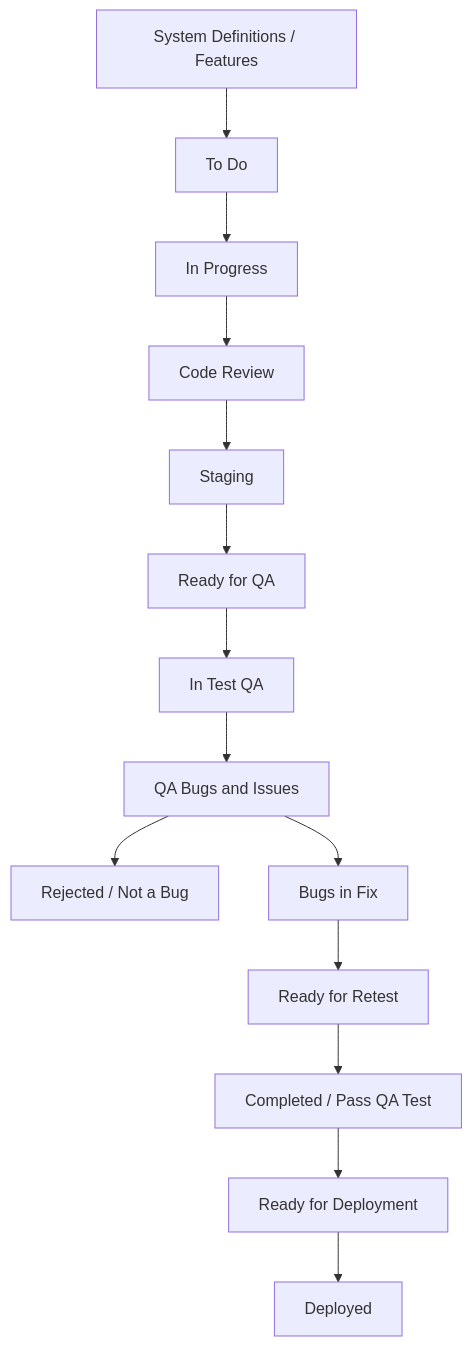
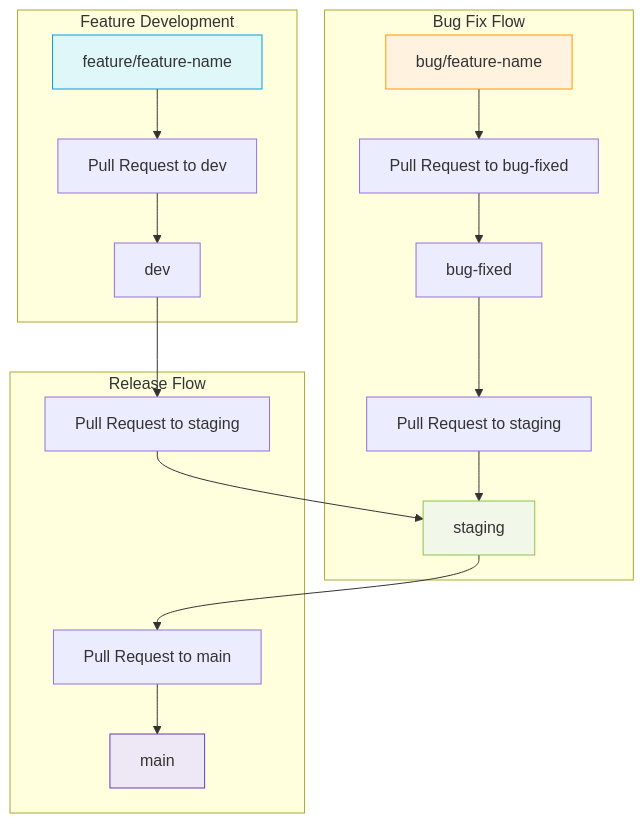
The diagram in README.md (Almusanid-co/System-life-cycle), drawn with Mermaid before and after one commit. The commit also changed other lines of this file, not shown here.

````diff
--- a/README.md
+++ b/README.md
@@ -93,17 +65,27 @@
 ```mermaid
 flowchart TD
-  A[System Definitions / Features] --> B[To Do]
-  B --> C[In Progress]
-  C --> D[Code Review]
-  D --> E[Staging]
-  E --> F[Ready for QA]
-  F --> G[In Test QA]
-  G --> H[QA Bugs and Issues]
 
-  H --> I[Rejected / Not a Bug]
-  H --> J[Bugs in Fix]
-  J --> K[Ready for Retest]
-  K --> L[Completed / Pass QA Test]
-  L --> M[Ready for Deployment]
-  M --> N[Deployed]
-``` 
+  subgraph Feature Development
+    A[feature/feature-name] --> B[Pull Request to dev]
+    B --> C[dev]
+  end
+
+  subgraph Bug Fix Flow
+    D[bug/feature-name] --> E[Pull Request to bug-fixed]
+    E --> F[bug-fixed]
+    F --> G[Pull Request to staging]
+    G --> H[staging]
+  end
+
+  subgraph Release Flow
+    C --> I[Pull Request to staging]
+    I --> H
+    H --> J[Pull Request to main]
+    J --> K[main]
+  end
+
+  style A fill:#e0f7fa,stroke:#039be5
+  style D fill:#fff3e0,stroke:#ff9800
+  style H fill:#f1f8e9,stroke:#8bc34a
+  style K fill:#ede7f6,stroke:#673ab7
+```
````
